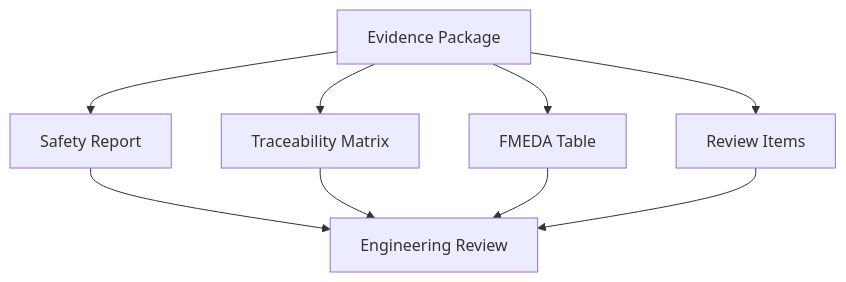
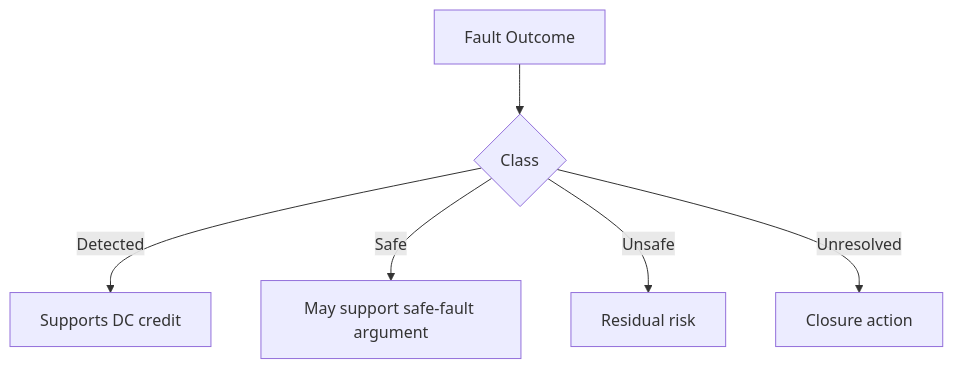
Before and after one commit to qiqixixi1001/automotive-safeic-practice: the sixth of 12 diagrams in articles/15_automotive_safeic_practice_d15_github_en_safety_report_generation.md, drawn with Mermaid. The commit also changed other lines of this file, not shown here.

````diff
--- a/articles/15_automotive_safeic_practice_d15_github_en_safety_report_generation.md
+++ b/articles/15_automotive_safeic_practice_d15_github_en_safety_report_generation.md
@@ -137,11 +582,8 @@
 ```mermaid
 flowchart TD
-    A[Evidence Package] --> B[Safety Report]
-    A --> C[Traceability Matrix]
-    A --> D[FMEDA Table]
-    A --> E[Review Items]
-    B --> F[Engineering Review]
-    C --> F
-    D --> F
-    E --> F
+    A[Fault Outcome] --> B{Class}
+    B -->|Detected| C[Supports DC credit]
+    B -->|Safe| D[May support safe-fault argument]
+    B -->|Unsafe| E[Residual risk]
+    B -->|Unresolved| F[Closure action]
 ```
````
